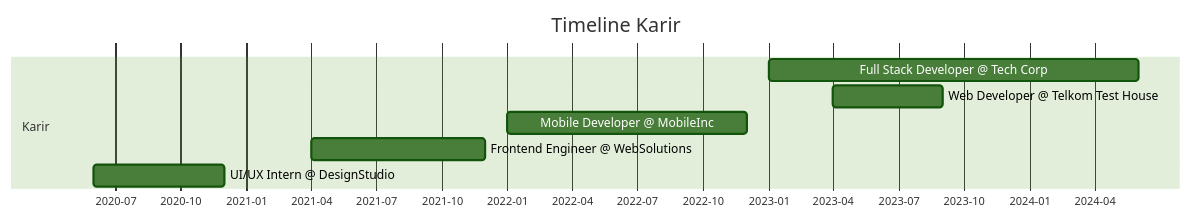
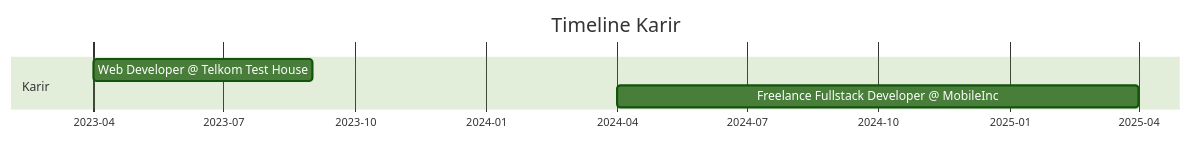
One commit to fadhluibnu/fadhluibnu changed the diagram in README.md. Above: the diagram before and after it, drawn with Mermaid (forest theme). The commit also changed other lines of this file, not shown here.

````diff
--- a/README.md
+++ b/README.md
@@ -285,13 +288,10 @@
 ```mermaid
 gantt
     title Timeline Karir
     dateFormat  YYYY-MM
     axisFormat %Y-%m
     
     section Karir
-    Full Stack Developer @ Tech Corp     :2023-01, 2024-06
-    Web Developer @ Telkom Test House    :2023-04, 2023-09
-    Mobile Developer @ MobileInc         :2022-01, 2022-12
-    Frontend Engineer @ WebSolutions     :2021-04, 2021-12
-    UI/UX Intern @ DesignStudio          :2020-06, 2020-12
+    Web Developer @ Telkom Test House                  :2023-04, 2023-09
+    Freelance Fullstack Developer @ MobileInc          :2024-04, 2025-04
 ```
````
